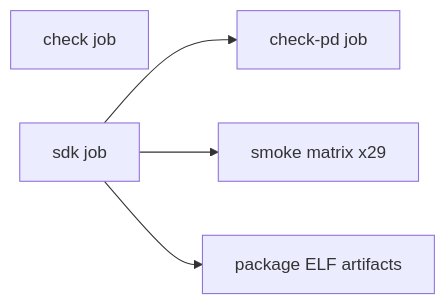
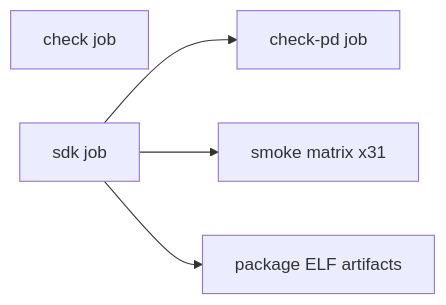
Before and after one commit to julerex/lerux: the diagram in docs/ci.md, drawn with Mermaid. The commit also changed other lines of this file and 43 other files, not shown here.

````diff
--- a/docs/ci.md
+++ b/docs/ci.md
@@ -13,11 +13,11 @@
 ```mermaid
 flowchart LR
   check[check job]
   sdk[sdk job]
   checkPd[check-pd job]
-  smoke[smoke matrix x29]
+  smoke[smoke matrix x31]
   package[package ELF artifacts]
   sdk --> checkPd
   sdk --> smoke
   sdk --> package
 ```
````
